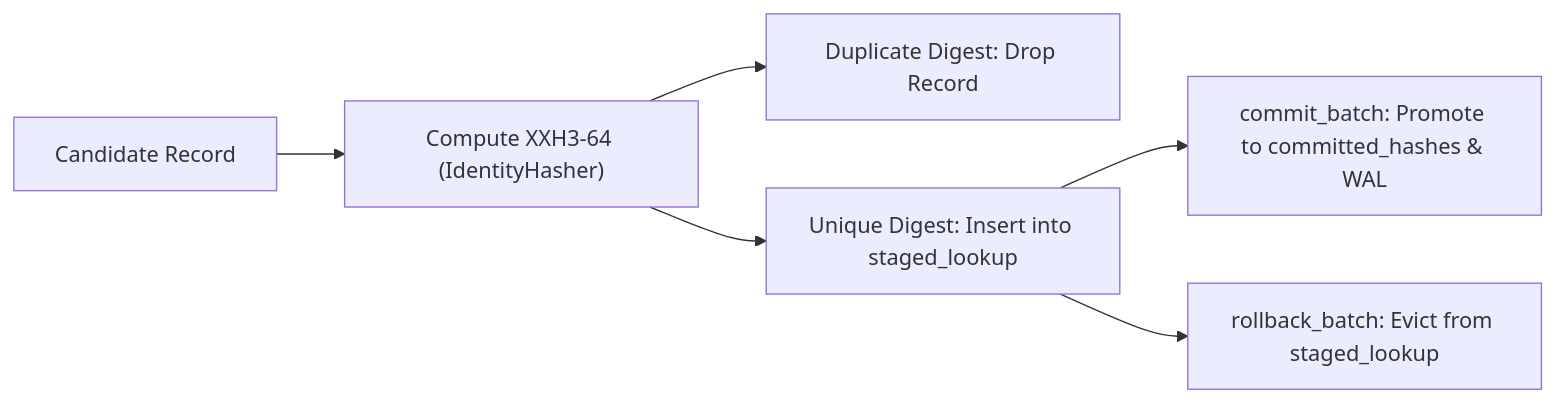
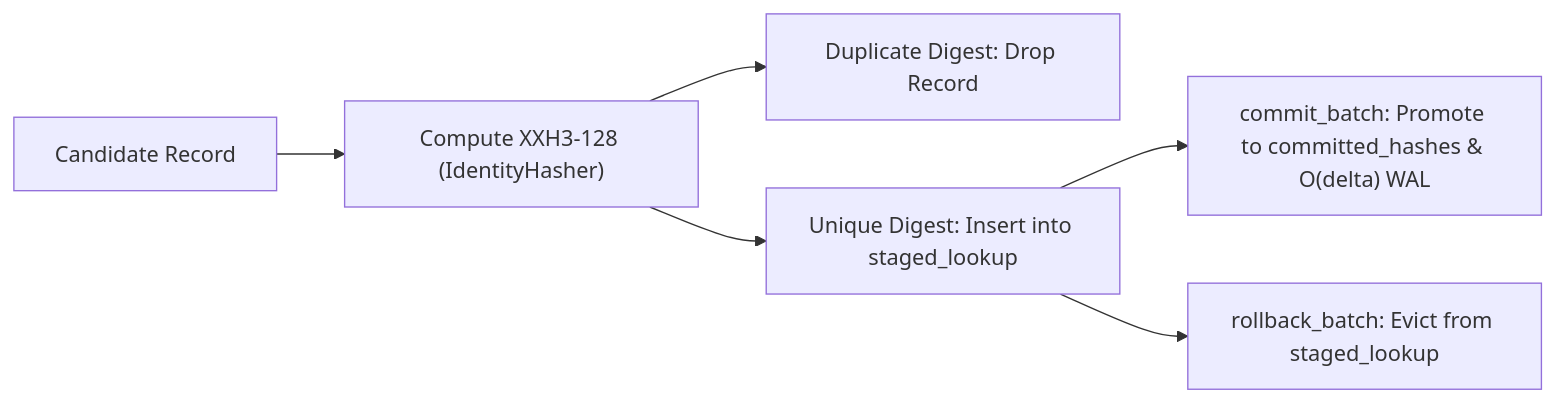
One commit to cloverx-id/luminamoon changed the diagram in docs/dataloader/dedup/README.md. Above: the diagram before and after it, drawn with Mermaid. The commit also changed other lines of this file and 49 other files, not shown here.

````diff
--- a/docs/dataloader/dedup/README.md
+++ b/docs/dataloader/dedup/README.md
@@ -15,8 +15,8 @@
 ```mermaid
 flowchart LR
-    Record["Candidate Record"] --> Hash["Compute XXH3-64 (IdentityHasher)"]
+    Record["Candidate Record"] --> Hash["Compute XXH3-128 (IdentityHasher)"]
     Hash --> Drop["Duplicate Digest: Drop Record"]
     Hash --> Stage["Unique Digest: Insert into staged_lookup"]
-    Stage --> Commit["commit_batch: Promote to committed_hashes & WAL"]
+    Stage --> Commit["commit_batch: Promote to committed_hashes & O(delta) WAL"]
     Stage --> Evict["rollback_batch: Evict from staged_lookup"]
 ```
````
